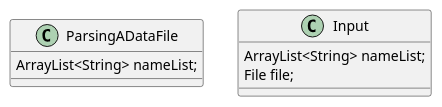
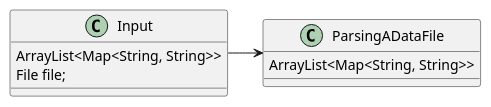
One commit to nick-vigg/Viggiani-cop3330-assignment3 changed the diagram in src/main/java/ex42/ParsingADataFile.puml. Above: the diagram before and after it, drawn with PlantUML. The commit also changed 1 other file, not shown here.

```diff
--- a/src/main/java/ex42/ParsingADataFile.puml
+++ b/src/main/java/ex42/ParsingADataFile.puml
@@ -1,11 +1,13 @@
 @startuml
 'https://plantuml.com/sequence-diagram
 
 class ParsingADataFile{
-ArrayList<String> nameList;
+ArrayList<Map<String, String>>
 }
+
 class Input{
-ArrayList<String> nameList;
+ArrayList<Map<String, String>>
 File file;
 }
+Input->ParsingADataFile
 @enduml
```
